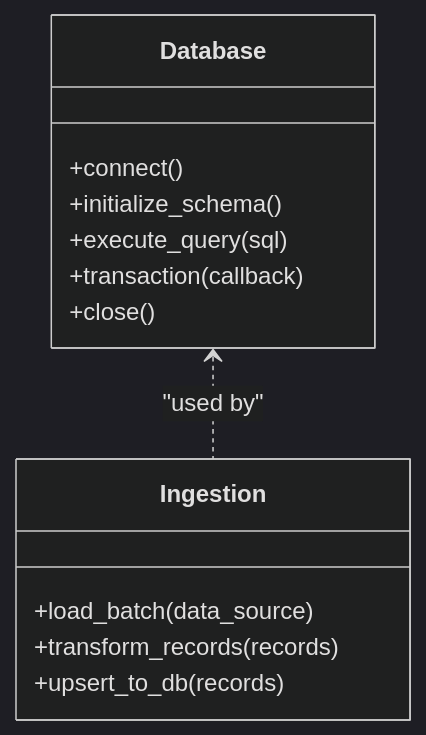
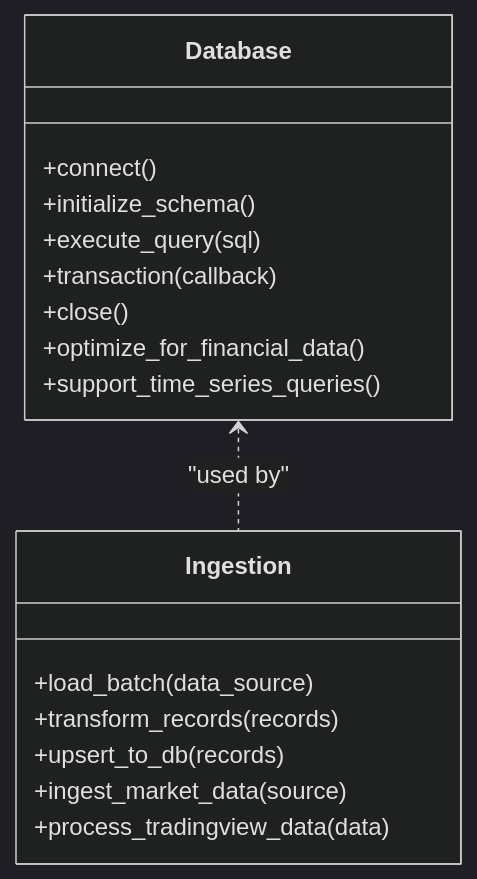
One commit to ZengSeng/telegram-bot changed the eighth of 11 diagrams in .qoder/repowiki/en/content/Core Components/Analysis Framework.md. Above: the diagram before and after it, drawn with Mermaid (dark theme). The commit also changed other lines of this file and 24 other files, not shown here.

````diff
--- a/.qoder/repowiki/en/content/Core Components/Analysis Framework.md
+++ b/.qoder/repowiki/en/content/Core Components/Analysis Framework.md
@@ -320,16 +368,20 @@
 ```mermaid
 classDiagram
 class Database {
 +connect()
 +initialize_schema()
 +execute_query(sql)
 +transaction(callback)
 +close()
++optimize_for_financial_data()
++support_time_series_queries()
 }
 class Ingestion {
 +load_batch(data_source)
 +transform_records(records)
 +upsert_to_db(records)
++ingest_market_data(source)
++process_tradingview_data(data)
 }
 Database <.. Ingestion : "used by"
 ```
````
